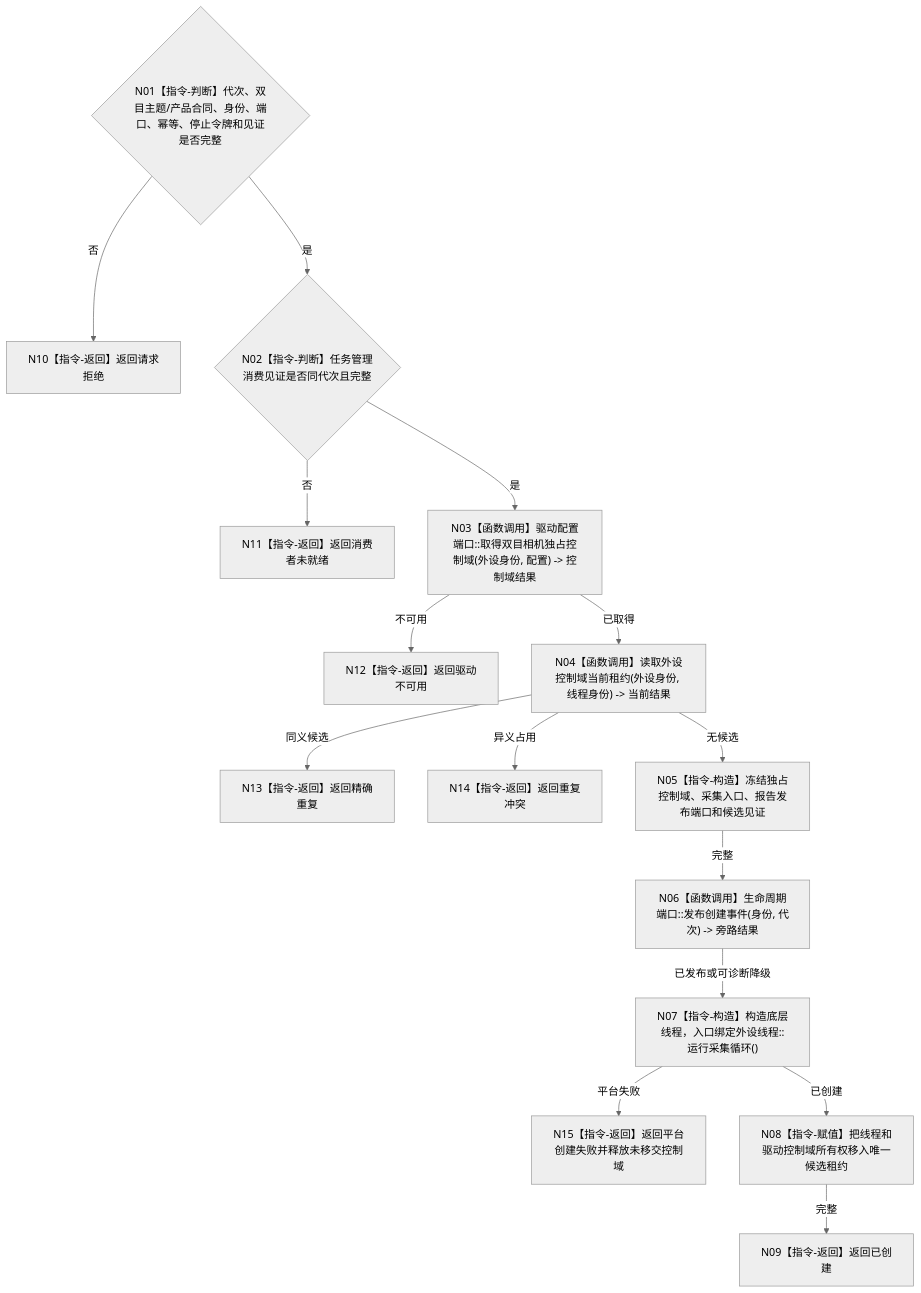
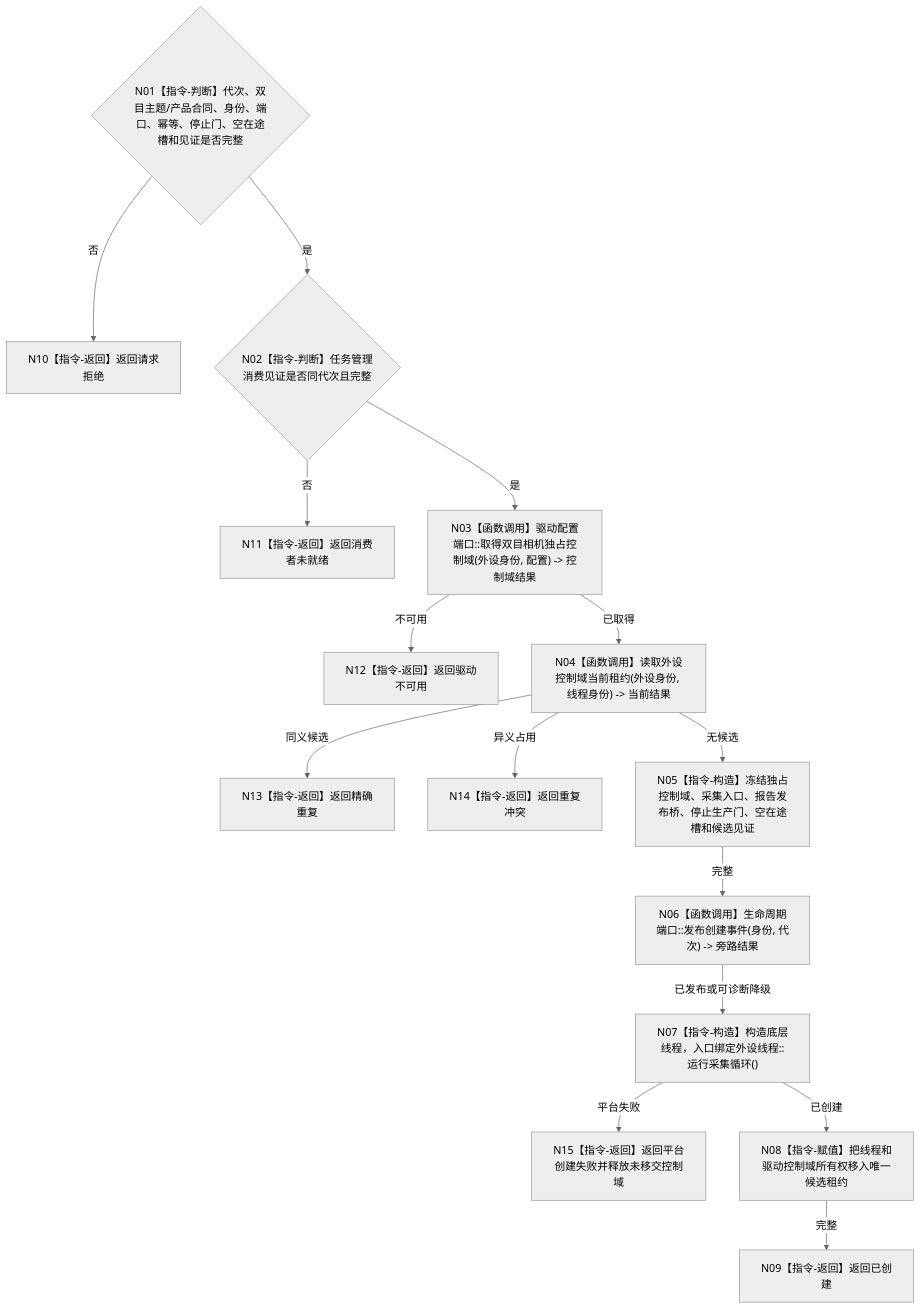
One commit to chunhaizh-cyber/HY-Ego changed the diagram in 流程图/目标业务流程图/L4/BIZ-L4-001-07-01-02_创建双目相机外设线程候选_目标函数流程图_v0.1.md. Above: the diagram before and after it, drawn with Mermaid (neutral theme). The commit also changed other lines of this file and 17 other files, not shown here.

````diff
--- a/流程图/目标业务流程图/L4/BIZ-L4-001-07-01-02_创建双目相机外设线程候选_目标函数流程图_v0.1.md
+++ b/流程图/目标业务流程图/L4/BIZ-L4-001-07-01-02_创建双目相机外设线程候选_目标函数流程图_v0.1.md
@@ -30,17 +30,17 @@
 ```mermaid
 flowchart TD
-    N01{"N01【指令-判断】代次、双目主题/产品合同、身份、端口、幂等、停止令牌和见证是否完整"} -->|否| N10["N10【指令-返回】返回请求拒绝"]
+    N01{"N01【指令-判断】代次、双目主题/产品合同、身份、端口、幂等、停止门、空在途槽和见证是否完整"} -->|否| N10["N10【指令-返回】返回请求拒绝"]
     N01 -->|是| N02{"N02【指令-判断】任务管理消费见证是否同代次且完整"}
     N02 -->|否| N11["N11【指令-返回】返回消费者未就绪"]
     N02 -->|是| N03["N03【函数调用】驱动配置端口::取得双目相机独占控制域(外设身份, 配置) -> 控制域结果"]
     N03 -->|不可用| N12["N12【指令-返回】返回驱动不可用"]
     N03 -->|已取得| N04["N04【函数调用】读取外设控制域当前租约(外设身份, 线程身份) -> 当前结果"]
     N04 -->|同义候选| N13["N13【指令-返回】返回精确重复"]
     N04 -->|异义占用| N14["N14【指令-返回】返回重复冲突"]
-    N04 -->|无候选| N05["N05【指令-构造】冻结独占控制域、采集入口、报告发布端口和候选见证"]
+    N04 -->|无候选| N05["N05【指令-构造】冻结独占控制域、采集入口、报告发布桥、停止生产门、空在途槽和候选见证"]
     N05 -->|完整| N06["N06【函数调用】生命周期端口::发布创建事件(身份, 代次) -> 旁路结果"]
     N06 -->|已发布或可诊断降级| N07["N07【指令-构造】构造底层线程，入口绑定外设线程::运行采集循环()"]
     N07 -->|平台失败| N15["N15【指令-返回】返回平台创建失败并释放未移交控制域"]
     N07 -->|已创建| N08["N08【指令-赋值】把线程和驱动控制域所有权移入唯一候选租约"]
     N08 -->|完整| N09["N09【指令-返回】返回已创建"]
 ```
````
